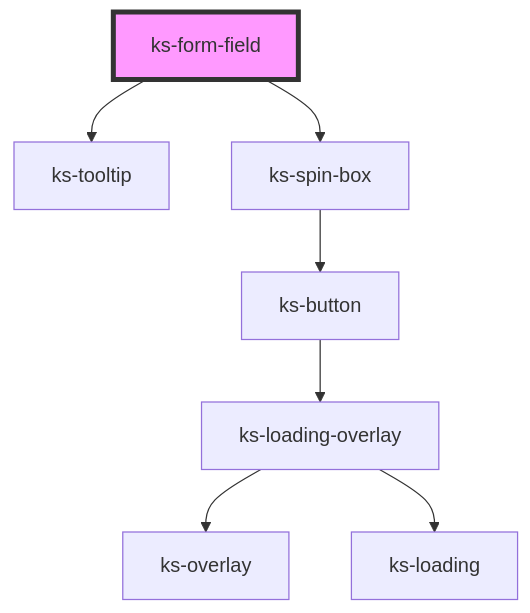
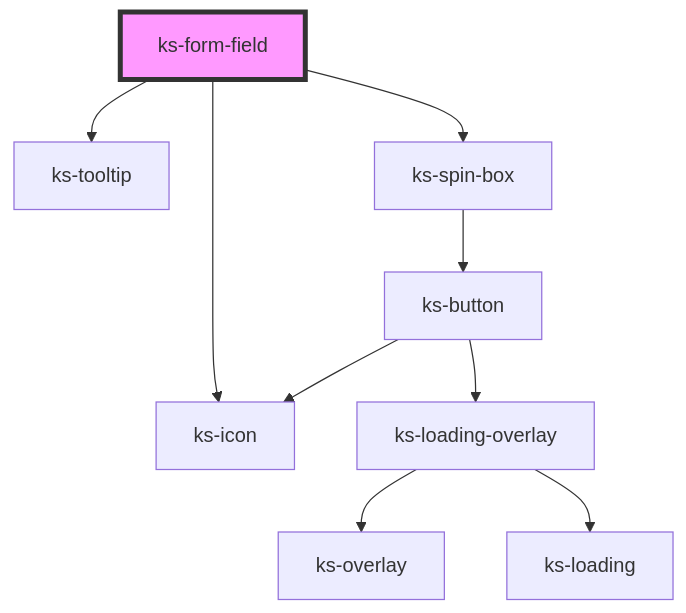
Before and after one commit to kickstand-ui/kickstand-ui: the diagram in src/scripts/components/form-field/readme.md, drawn with Mermaid. The commit also changed other lines of this file and 19 other files, not shown here.

````diff
--- a/src/scripts/components/form-field/readme.md
+++ b/src/scripts/components/form-field/readme.md
@@ -43,10 +44,12 @@
 ```mermaid
 graph TD;
   ks-form-field --> ks-tooltip
+  ks-form-field --> ks-icon
   ks-form-field --> ks-spin-box
   ks-spin-box --> ks-button
+  ks-button --> ks-icon
   ks-button --> ks-loading-overlay
   ks-loading-overlay --> ks-overlay
   ks-loading-overlay --> ks-loading
   style ks-form-field fill:#f9f,stroke:#333,stroke-width:4px
 ```
````
